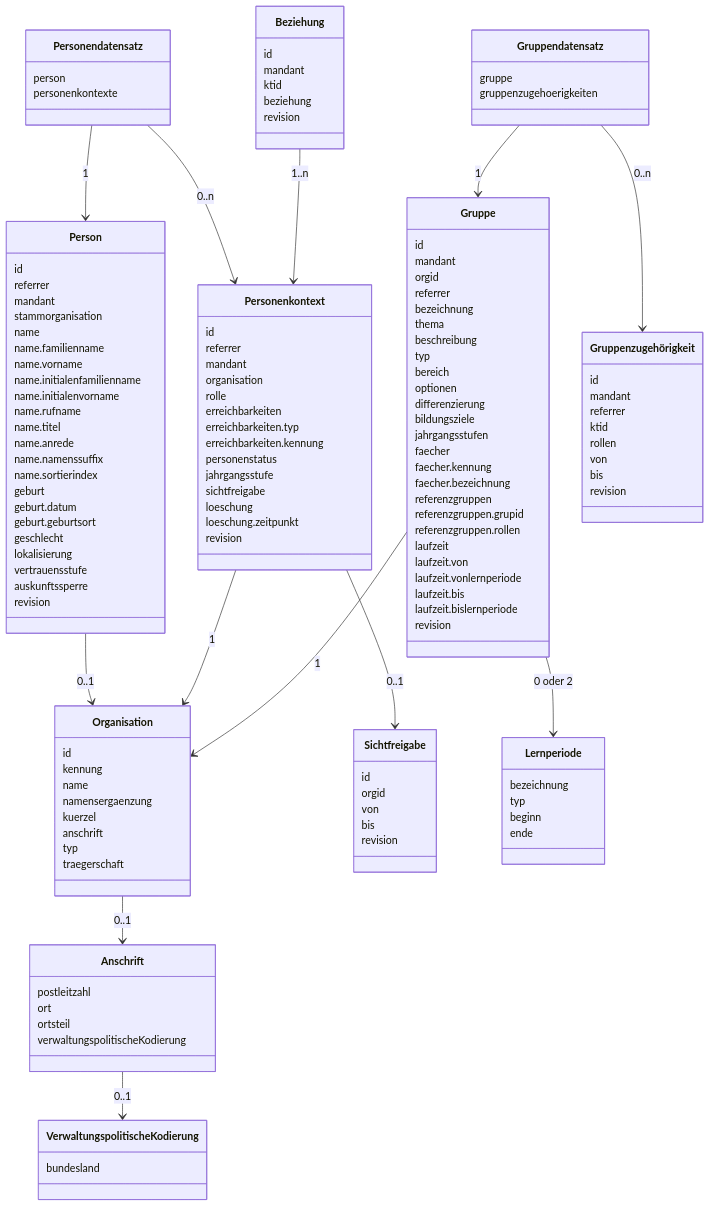
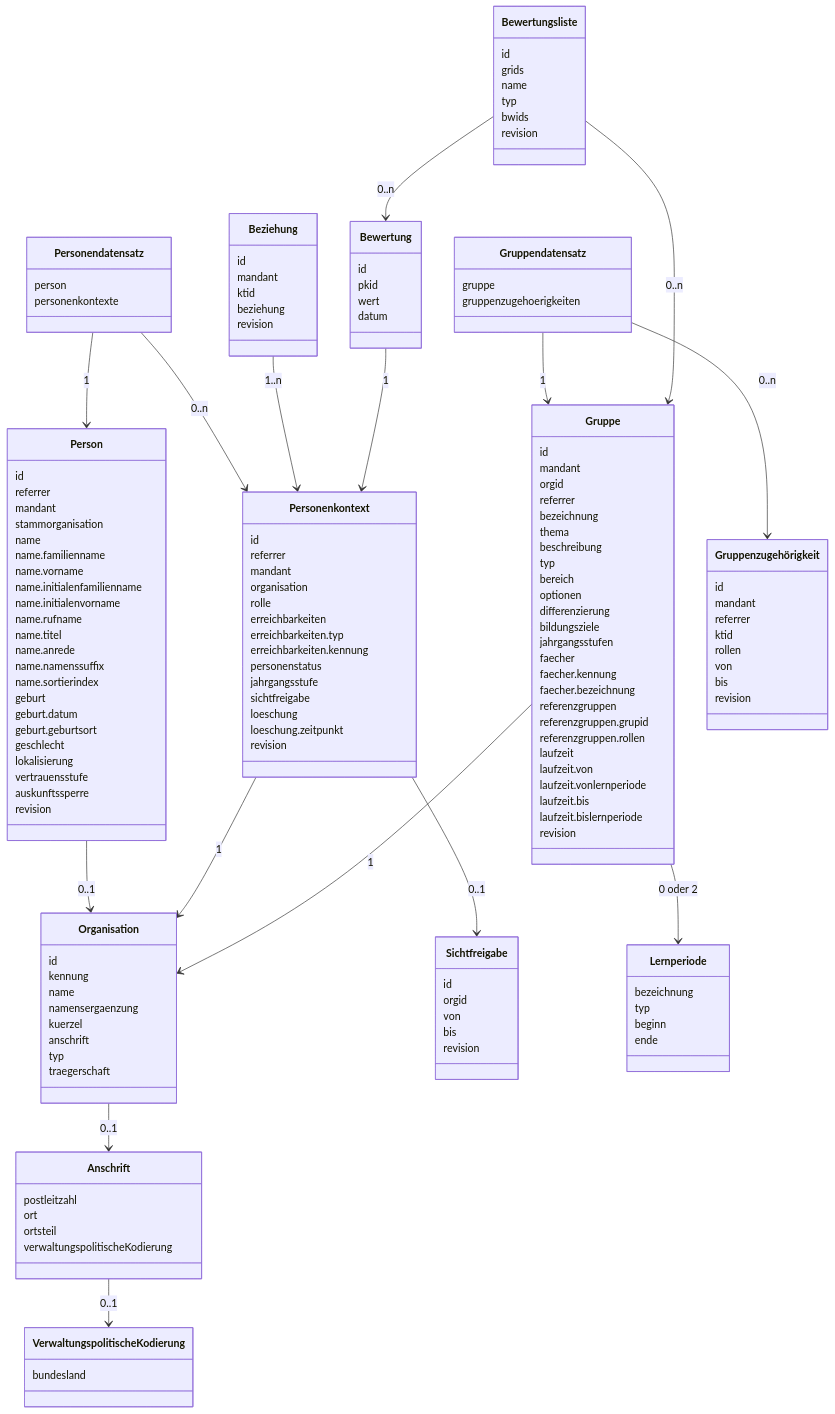
One commit to Schulconnex/Schulconnex changed the diagram in docs/datenmodell-qs/datenmodell.md. Above: the diagram before and after it, drawn with Mermaid. The commit also changed 13 other files, not shown here.

````diff
--- a/docs/datenmodell-qs/datenmodell.md
+++ b/docs/datenmodell-qs/datenmodell.md
@@ -25,6 +25,10 @@
   Gruppendatensatz --> Gruppe : 1
   Gruppendatensatz --> Gruppenzugehörigkeit : 0..n
   Gruppe --> Lernperiode : 0 oder 2
+  Bewertungsliste --> Gruppe : 0..n
+  Bewertungsliste --> Bewertung : 0..n
+  Bewertung --> Personenkontext : 1
+
   class Personendatensatz {
     person
     personenkontexte
@@ -149,4 +153,18 @@
     bis
     revision
   }
+    class Bewertungsliste {
+    id
+    grids
+    name
+    typ
+    bwids
+    revision
+  }
+   class Bewertung {
+    id
+    pkid
+    wert
+    datum
+  }
 ```
````
